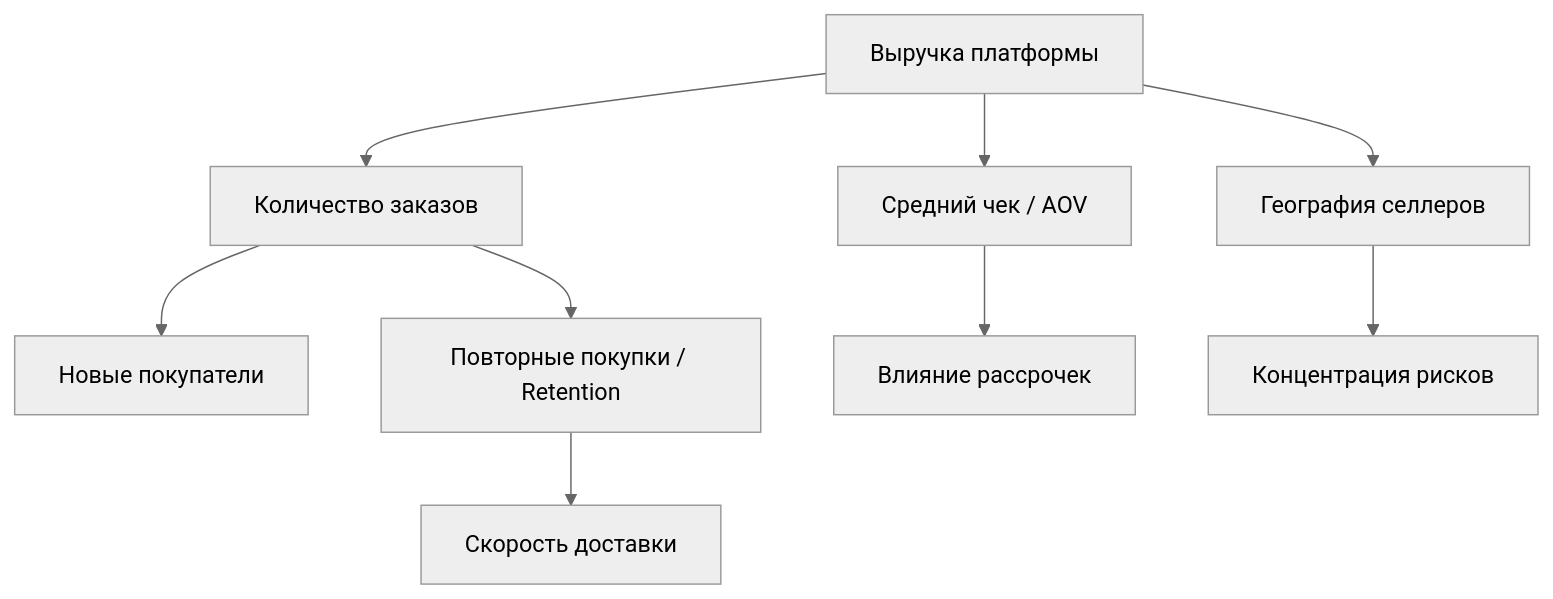
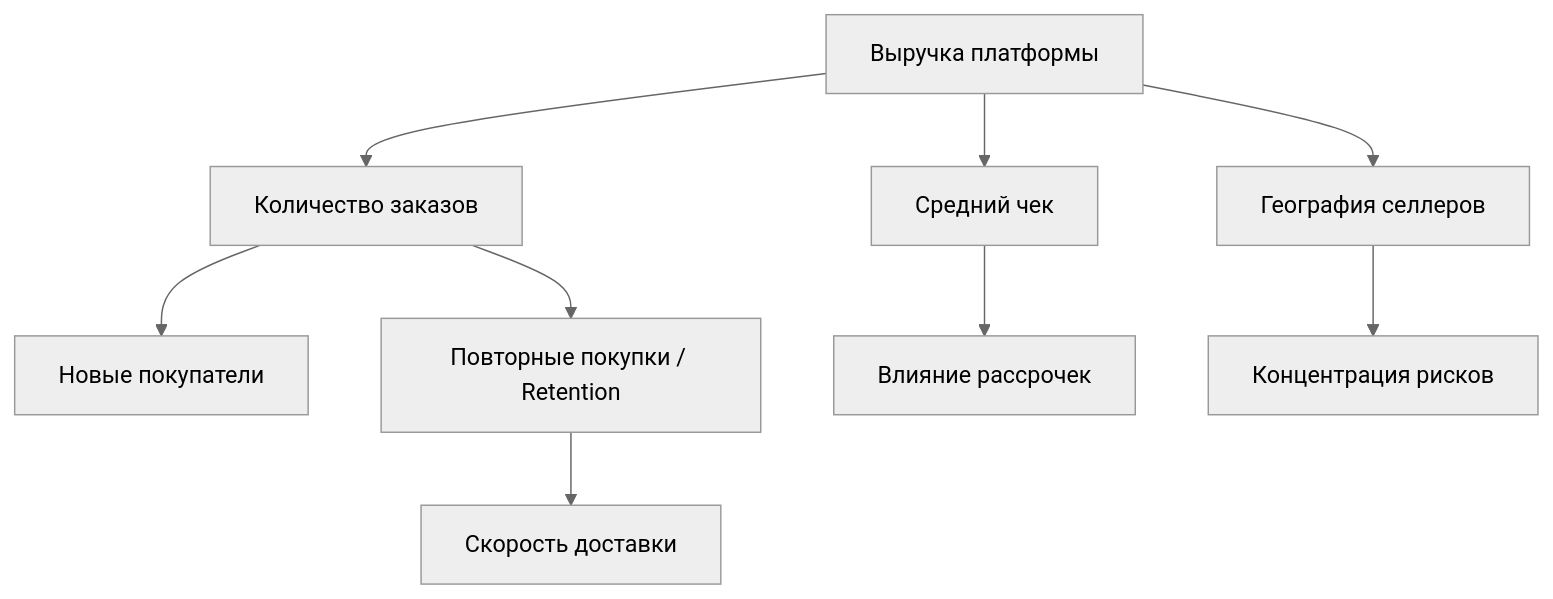
One commit to NikolaySofinskiy/olist-e-commerce-analytics changed the diagram in README.md. Above: the diagram before and after it, drawn with Mermaid (neutral theme).

````diff
--- a/README.md
+++ b/README.md
@@ -11,14 +11,14 @@
 ```mermaid
 graph TD
     A[Выручка платформы] --> B[Количество заказов]
-    A --> C[Средний чек / AOV]
+    A --> C[Средний чек]
     A --> D[География селлеров]
 
     B --> B1[Новые покупатели]
     B --> B2[Повторные покупки / Retention]
     B2 --> B2a[Скорость доставки]
 
     C --> C1[Влияние рассрочек]
 
     D --> D1[Концентрация рисков]
 ```
````
